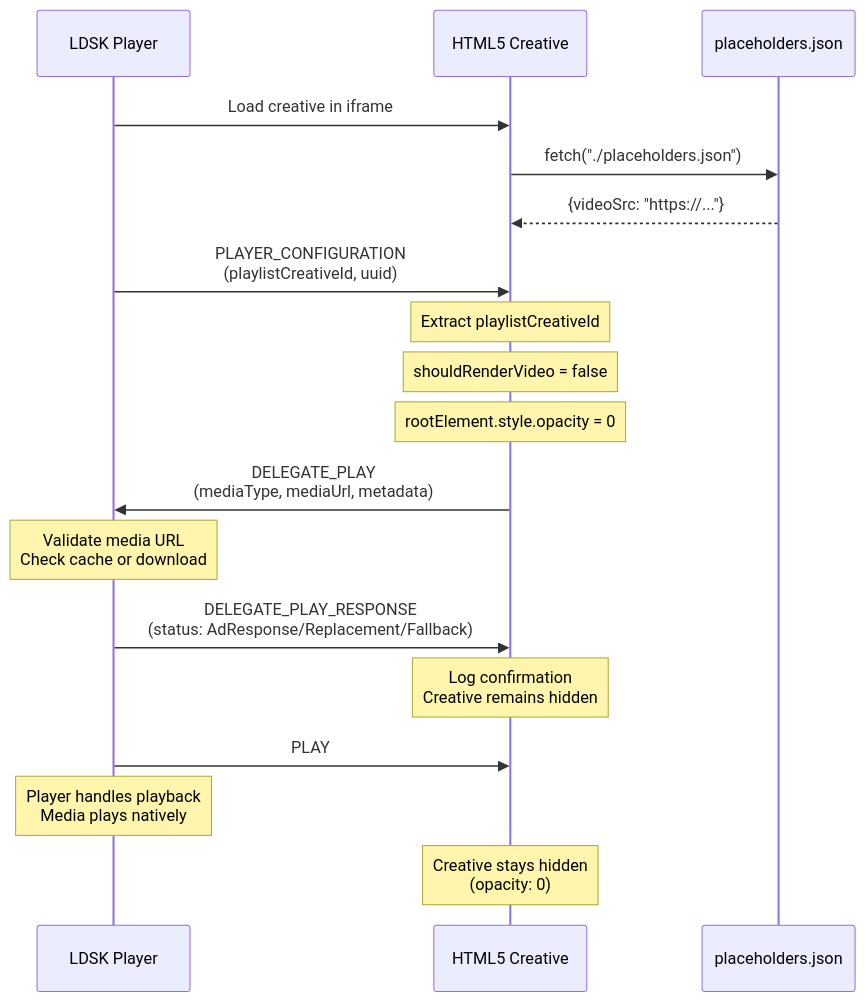
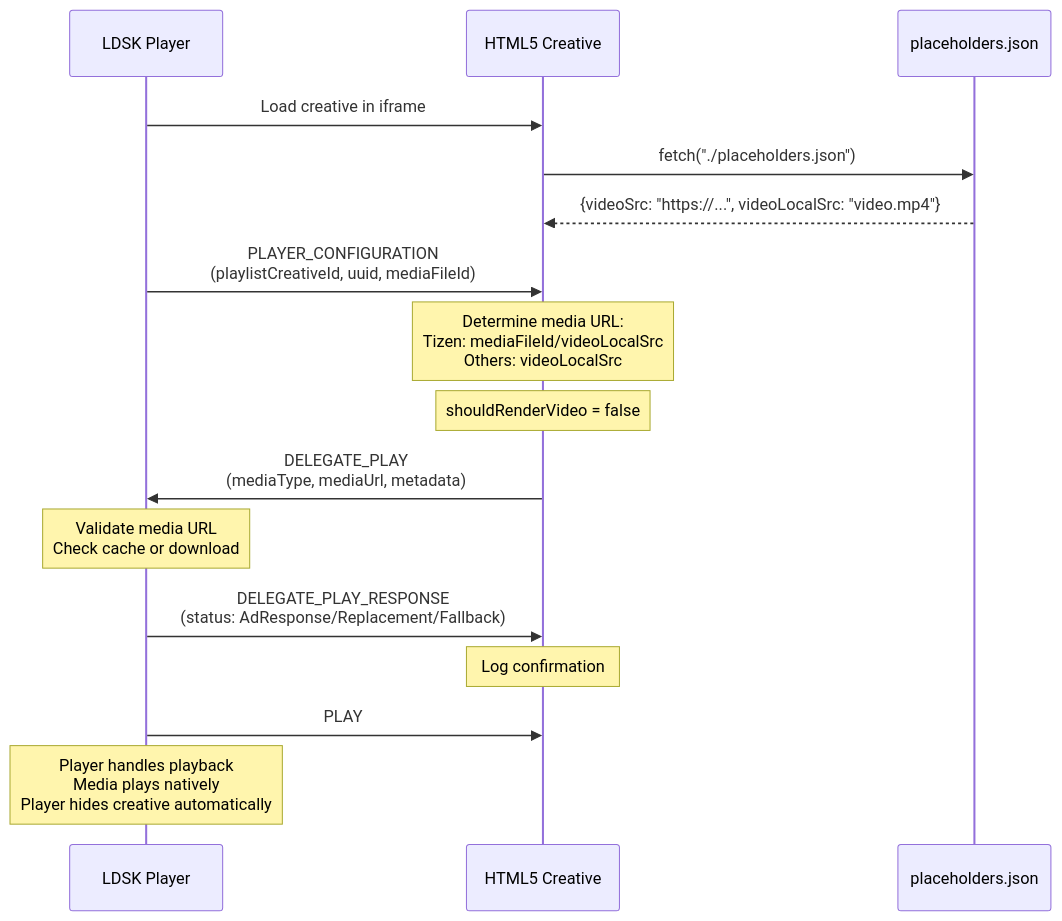
One commit to livedooh-Git/ldsk-dynamic-samples changed the diagram in delegated-playback/README.md. Above: the diagram before and after it, drawn with Mermaid. The commit also changed other lines of this file, not shown here.

````diff
--- a/delegated-playback/README.md
+++ b/delegated-playback/README.md
@@ -258,21 +288,19 @@
 ```mermaid
 sequenceDiagram
     participant Player as LDSK Player
     participant Creative as HTML5 Creative
     participant Placeholder as placeholders.json
     
     Player->>Creative: Load creative in iframe
     Creative->>Placeholder: fetch("./placeholders.json")
-    Placeholder-->>Creative: {videoSrc: "https://..."}
-    Player->>Creative: PLAYER_CONFIGURATION<br/>(playlistCreativeId, uuid)
-    Note over Creative: Extract playlistCreativeId
+    Placeholder-->>Creative: {videoSrc: "https://...", videoLocalSrc: "video.mp4"}
+    Player->>Creative: PLAYER_CONFIGURATION<br/>(playlistCreativeId, uuid, mediaFileId)
+    Note over Creative: Determine media URL:<br/>Tizen: mediaFileId/videoLocalSrc<br/>Others: videoLocalSrc
     Note over Creative: shouldRenderVideo = false
-    Note over Creative: rootElement.style.opacity = 0
     Creative->>Player: DELEGATE_PLAY<br/>(mediaType, mediaUrl, metadata)
     Note over Player: Validate media URL<br/>Check cache or download
     Player->>Creative: DELEGATE_PLAY_RESPONSE<br/>(status: AdResponse/Replacement/Fallback)
-    Note over Creative: Log confirmation<br/>Creative remains hidden
+    Note over Creative: Log confirmation
     Player->>Creative: PLAY
-    Note over Player: Player handles playback<br/>Media plays natively
-    Note over Creative: Creative stays hidden<br/>(opacity: 0)
+    Note over Player: Player handles playback<br/>Media plays natively<br/>Player hides creative automatically
 ```
````
